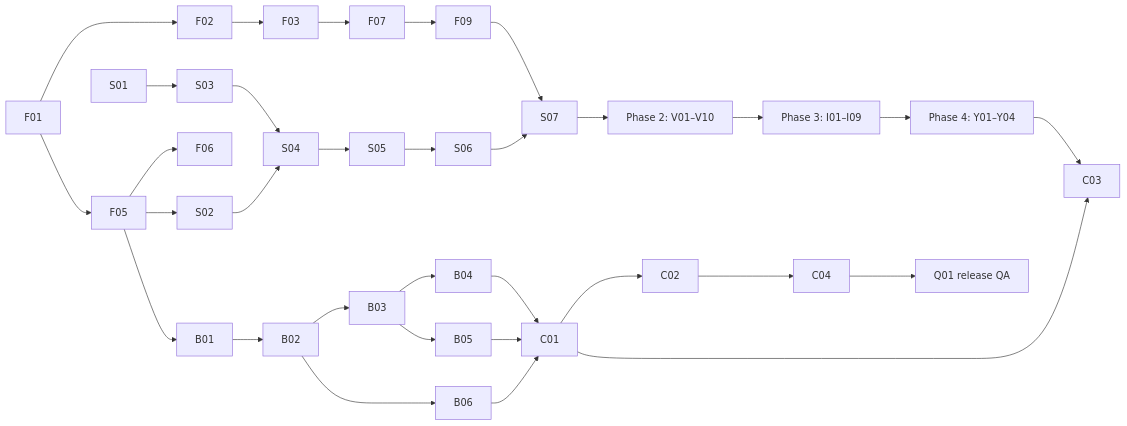
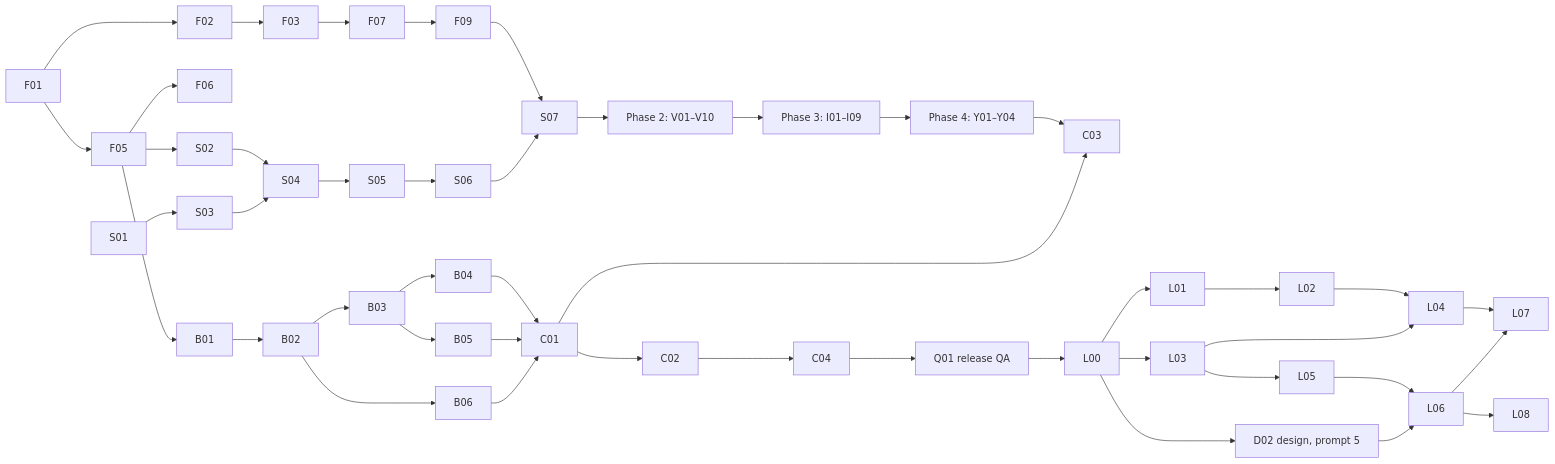
The diagram in docs/execution-plan.md (vespaiach/glance), drawn with Mermaid before and after one commit. The commit also changed other lines of this file, not shown here.

````diff
--- a/docs/execution-plan.md
+++ b/docs/execution-plan.md
@@ -34,15 +34,21 @@
 ```mermaid
 graph LR
   F01 --> F02 --> F03 --> F07 --> F09 --> S07
   F01 --> F05 --> F06
   F05 --> S02 --> S04 --> S05 --> S06 --> S07
   S01 --> S03 --> S04
   S07 --> V[Phase 2: V01–V10] --> I[Phase 3: I01–I09] --> Y[Phase 4: Y01–Y04]
   F05 --> B01 --> B02 --> B03 --> B04
   B03 --> B05
   B02 --> B06
   B04 & B05 & B06 --> C01 --> C02 --> C04
   Y --> C03
   C01 --> C03
   C04 --> Q[Q01 release QA]
+  Q --> L00 --> L01 --> L02 --> L04
+  L00 --> L03 --> L04
+  L03 --> L05 --> L06
+  L00 --> D02[D02 design, prompt 5] --> L06
+  L04 & L06 --> L07
+  L06 --> L08
 ```
````
